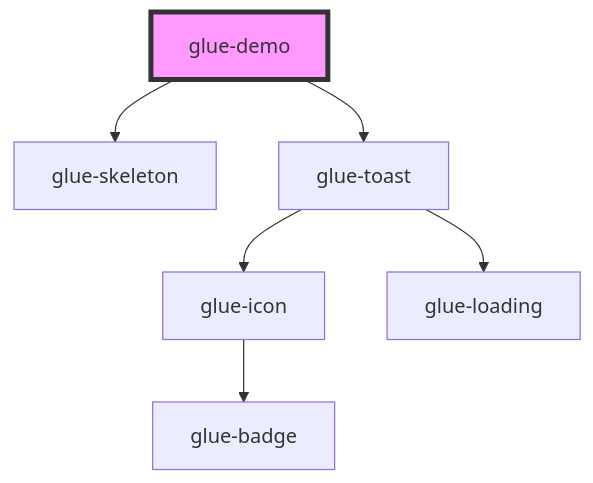
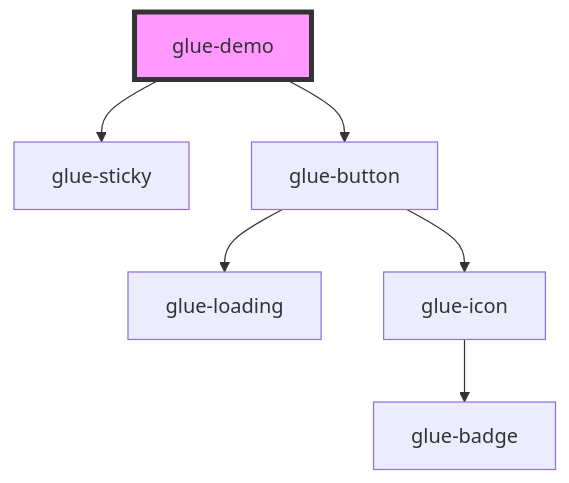
Before and after one commit to grasilife/glue: the diagram in packages/glue-components/src/components/glue-demo/readme.md, drawn with Mermaid. The commit also changed other lines of this file and 10 other files, not shown here.

````diff
--- a/packages/glue-components/src/components/glue-demo/readme.md
+++ b/packages/glue-components/src/components/glue-demo/readme.md
@@ -16,9 +16,9 @@
 ```mermaid
 graph TD;
-  glue-demo --> glue-skeleton
-  glue-demo --> glue-toast
-  glue-toast --> glue-icon
-  glue-toast --> glue-loading
+  glue-demo --> glue-sticky
+  glue-demo --> glue-button
+  glue-button --> glue-loading
+  glue-button --> glue-icon
   glue-icon --> glue-badge
   style glue-demo fill:#f9f,stroke:#333,stroke-width:4px
 ```
````
